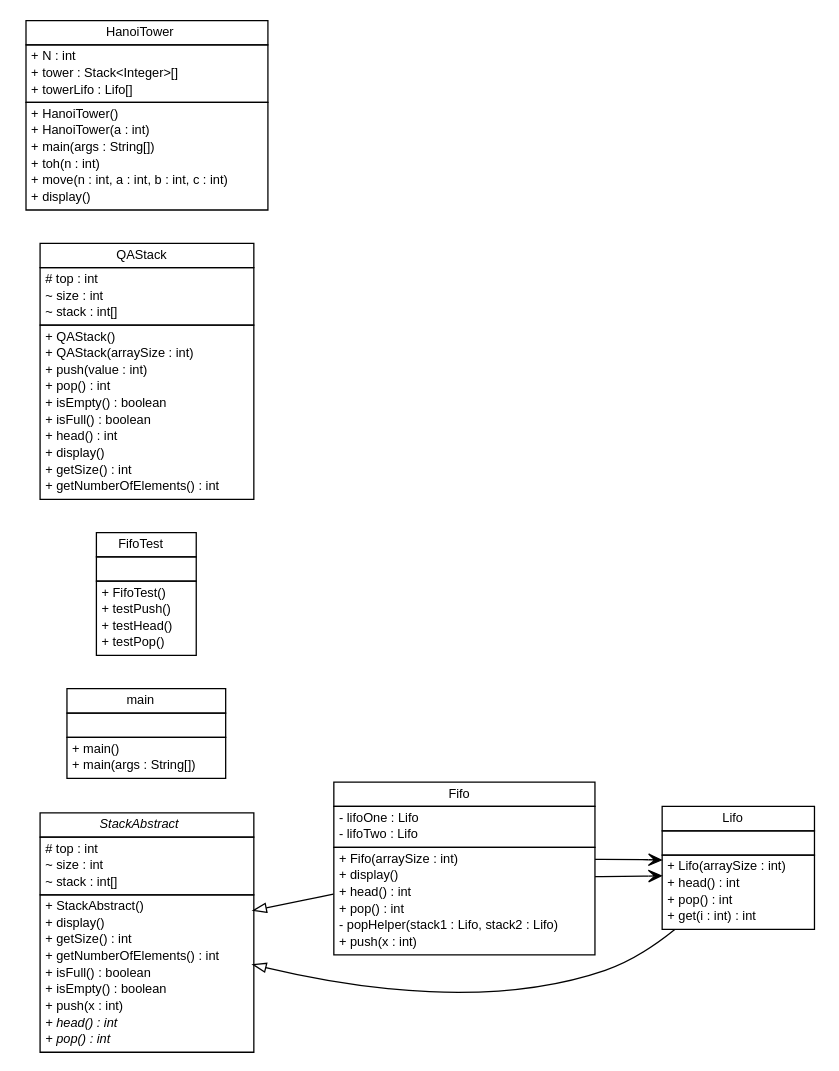
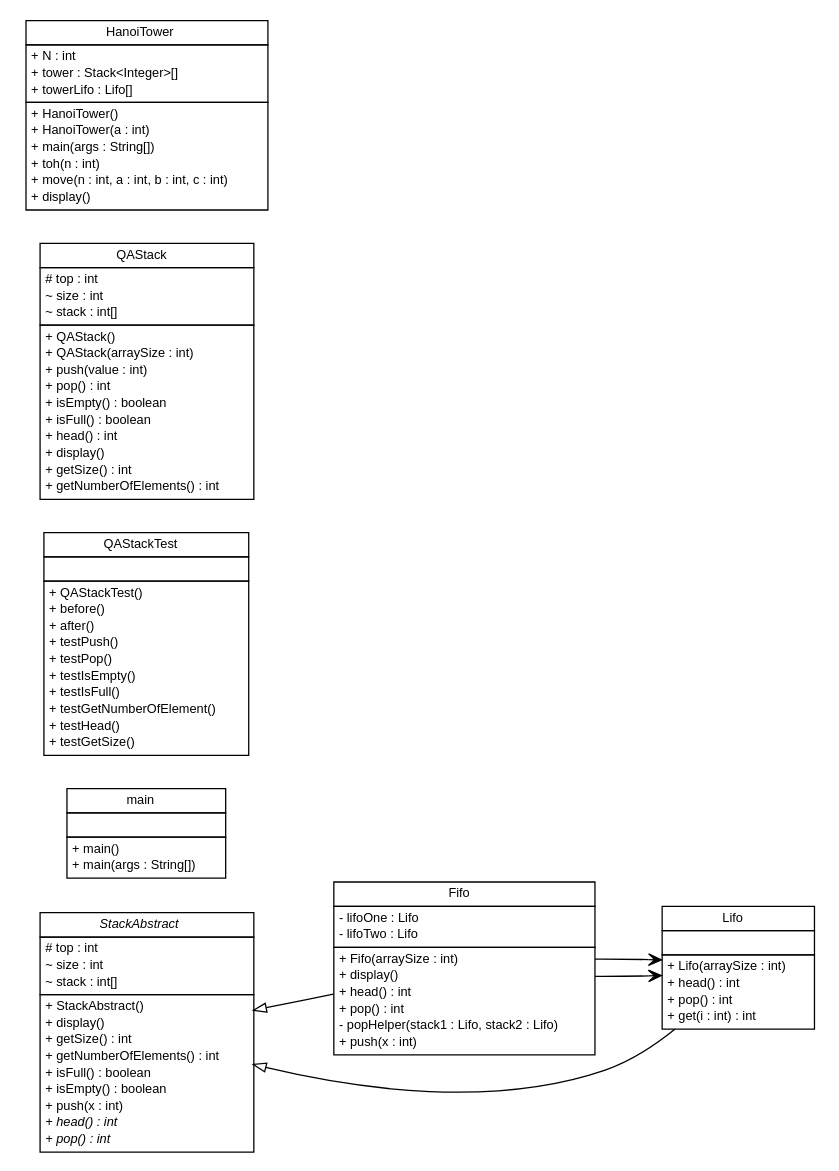
Before and after one commit to GreGGus/QAStack: the diagram in target/site/apidocs/.dot, drawn with Graphviz. The commit also changed 44 other files, not shown here.

```diff
--- a/target/site/apidocs/.dot
+++ b/target/site/apidocs/.dot
@@ -1,146 +1,152 @@
 #!/usr/local/bin/dot
 #
 # Class diagram 
 # Generated by UMLGraph version 5.1 (http://www.umlgraph.org/)
 #
 
 digraph G {
 	edge [fontname="Helvetica",fontsize=10,labelfontname="Helvetica",labelfontsize=10];
 	node [fontname="Helvetica",fontsize=10,shape=plaintext];
 	nodesep=0.25;
 	ranksep=0.5;
 	rankdir=LR;
 	// Fifo
 	c0 [label=<<table title="Fifo" border="0" cellborder="1" cellspacing="0" cellpadding="2" port="p" href="./Fifo.html">
 		<tr><td><table border="0" cellspacing="0" cellpadding="1">
 <tr><td align="center" balign="center"> Fifo </td></tr>
 		</table></td></tr>
 		<tr><td><table border="0" cellspacing="0" cellpadding="1">
 <tr><td align="left" balign="left"> - lifoOne : Lifo </td></tr>
 <tr><td align="left" balign="left"> - lifoTwo : Lifo </td></tr>
 		</table></td></tr>
 		<tr><td><table border="0" cellspacing="0" cellpadding="1">
 <tr><td align="left" balign="left"> + Fifo(arraySize : int) </td></tr>
 <tr><td align="left" balign="left"> + display() </td></tr>
 <tr><td align="left" balign="left"> + head() : int </td></tr>
 <tr><td align="left" balign="left"> + pop() : int </td></tr>
 <tr><td align="left" balign="left"> - popHelper(stack1 : Lifo, stack2 : Lifo) </td></tr>
 <tr><td align="left" balign="left"> + push(x : int) </td></tr>
 		</table></td></tr>
 		</table>>, fontname="Helvetica", fontcolor="black", fontsize=10.0];
 	// Lifo
 	c1 [label=<<table title="Lifo" border="0" cellborder="1" cellspacing="0" cellpadding="2" port="p" href="./Lifo.html">
 		<tr><td><table border="0" cellspacing="0" cellpadding="1">
 <tr><td align="center" balign="center"> Lifo </td></tr>
 		</table></td></tr>
 		<tr><td><table border="0" cellspacing="0" cellpadding="1">
 <tr><td align="left" balign="left">  </td></tr>
 		</table></td></tr>
 		<tr><td><table border="0" cellspacing="0" cellpadding="1">
 <tr><td align="left" balign="left"> + Lifo(arraySize : int) </td></tr>
 <tr><td align="left" balign="left"> + head() : int </td></tr>
 <tr><td align="left" balign="left"> + pop() : int </td></tr>
 <tr><td align="left" balign="left"> + get(i : int) : int </td></tr>
 		</table></td></tr>
 		</table>>, fontname="Helvetica", fontcolor="black", fontsize=10.0];
 	// main
 	c2 [label=<<table title="main" border="0" cellborder="1" cellspacing="0" cellpadding="2" port="p" href="./main.html">
 		<tr><td><table border="0" cellspacing="0" cellpadding="1">
 <tr><td align="center" balign="center"> main </td></tr>
 		</table></td></tr>
 		<tr><td><table border="0" cellspacing="0" cellpadding="1">
 <tr><td align="left" balign="left">  </td></tr>
 		</table></td></tr>
 		<tr><td><table border="0" cellspacing="0" cellpadding="1">
 <tr><td align="left" balign="left"> + main() </td></tr>
 <tr><td align="left" balign="left"> + main(args : String[]) </td></tr>
 		</table></td></tr>
 		</table>>, fontname="Helvetica", fontcolor="black", fontsize=10.0];
-	// FifoTest
-	c3 [label=<<table title="FifoTest" border="0" cellborder="1" cellspacing="0" cellpadding="2" port="p" href="./FifoTest.html">
-		<tr><td><table border="0" cellspacing="0" cellpadding="1">
-<tr><td align="center" balign="center"> FifoTest </td></tr>
-		</table></td></tr>
-		<tr><td><table border="0" cellspacing="0" cellpadding="1">
-<tr><td align="left" balign="left">  </td></tr>
-		</table></td></tr>
-		<tr><td><table border="0" cellspacing="0" cellpadding="1">
-<tr><td align="left" balign="left"> + FifoTest() </td></tr>
-<tr><td align="left" balign="left"> + testPush() </td></tr>
-<tr><td align="left" balign="left"> + testHead() </td></tr>
-<tr><td align="left" balign="left"> + testPop() </td></tr>
-		</table></td></tr>
-		</table>>, fontname="Helvetica", fontcolor="black", fontsize=10.0];
 	// StackAbstract
-	c4 [label=<<table title="StackAbstract" border="0" cellborder="1" cellspacing="0" cellpadding="2" port="p" href="./StackAbstract.html">
+	c3 [label=<<table title="StackAbstract" border="0" cellborder="1" cellspacing="0" cellpadding="2" port="p" href="./StackAbstract.html">
 		<tr><td><table border="0" cellspacing="0" cellpadding="1">
 <tr><td align="center" balign="center"><font face="Helvetica-Oblique"> StackAbstract </font></td></tr>
 		</table></td></tr>
 		<tr><td><table border="0" cellspacing="0" cellpadding="1">
 <tr><td align="left" balign="left"> # top : int </td></tr>
 <tr><td align="left" balign="left"> ~ size : int </td></tr>
 <tr><td align="left" balign="left"> ~ stack : int[] </td></tr>
 		</table></td></tr>
 		<tr><td><table border="0" cellspacing="0" cellpadding="1">
 <tr><td align="left" balign="left"> + StackAbstract() </td></tr>
 <tr><td align="left" balign="left"> + display() </td></tr>
 <tr><td align="left" balign="left"> + getSize() : int </td></tr>
 <tr><td align="left" balign="left"> + getNumberOfElements() : int </td></tr>
 <tr><td align="left" balign="left"> + isFull() : boolean </td></tr>
 <tr><td align="left" balign="left"> + isEmpty() : boolean </td></tr>
 <tr><td align="left" balign="left"> + push(x : int) </td></tr>
 <tr><td align="left" balign="left"><font face="Helvetica-Oblique" point-size="10.0"> + head() : int </font></td></tr>
 <tr><td align="left" balign="left"><font face="Helvetica-Oblique" point-size="10.0"> + pop() : int </font></td></tr>
+		</table></td></tr>
+		</table>>, fontname="Helvetica", fontcolor="black", fontsize=10.0];
+	// QAStackTest
+	c4 [label=<<table title="QAStackTest" border="0" cellborder="1" cellspacing="0" cellpadding="2" port="p" href="./QAStackTest.html">
+		<tr><td><table border="0" cellspacing="0" cellpadding="1">
+<tr><td align="center" balign="center"> QAStackTest </td></tr>
+		</table></td></tr>
+		<tr><td><table border="0" cellspacing="0" cellpadding="1">
+<tr><td align="left" balign="left">  </td></tr>
+		</table></td></tr>
+		<tr><td><table border="0" cellspacing="0" cellpadding="1">
+<tr><td align="left" balign="left"> + QAStackTest() </td></tr>
+<tr><td align="left" balign="left"> + before() </td></tr>
+<tr><td align="left" balign="left"> + after() </td></tr>
+<tr><td align="left" balign="left"> + testPush() </td></tr>
+<tr><td align="left" balign="left"> + testPop() </td></tr>
+<tr><td align="left" balign="left"> + testIsEmpty() </td></tr>
+<tr><td align="left" balign="left"> + testIsFull() </td></tr>
+<tr><td align="left" balign="left"> + testGetNumberOfElement() </td></tr>
+<tr><td align="left" balign="left"> + testHead() </td></tr>
+<tr><td align="left" balign="left"> + testGetSize() </td></tr>
 		</table></td></tr>
 		</table>>, fontname="Helvetica", fontcolor="black", fontsize=10.0];
 	// QAStack
 	c5 [label=<<table title="QAStack" border="0" cellborder="1" cellspacing="0" cellpadding="2" port="p" href="./QAStack.html">
 		<tr><td><table border="0" cellspacing="0" cellpadding="1">
 <tr><td align="center" balign="center"> QAStack </td></tr>
 		</table></td></tr>
 		<tr><td><table border="0" cellspacing="0" cellpadding="1">
 <tr><td align="left" balign="left"> # top : int </td></tr>
 <tr><td align="left" balign="left"> ~ size : int </td></tr>
 <tr><td align="left" balign="left"> ~ stack : int[] </td></tr>
 		</table></td></tr>
 		<tr><td><table border="0" cellspacing="0" cellpadding="1">
 <tr><td align="left" balign="left"> + QAStack() </td></tr>
 <tr><td align="left" balign="left"> + QAStack(arraySize : int) </td></tr>
 <tr><td align="left" balign="left"> + push(value : int) </td></tr>
 <tr><td align="left" balign="left"> + pop() : int </td></tr>
 <tr><td align="left" balign="left"> + isEmpty() : boolean </td></tr>
 <tr><td align="left" balign="left"> + isFull() : boolean </td></tr>
 <tr><td align="left" balign="left"> + head() : int </td></tr>
 <tr><td align="left" balign="left"> + display() </td></tr>
 <tr><td align="left" balign="left"> + getSize() : int </td></tr>
 <tr><td align="left" balign="left"> + getNumberOfElements() : int </td></tr>
 		</table></td></tr>
 		</table>>, fontname="Helvetica", fontcolor="black", fontsize=10.0];
 	// HanoiTower
 	c6 [label=<<table title="HanoiTower" border="0" cellborder="1" cellspacing="0" cellpadding="2" port="p" href="./HanoiTower.html">
 		<tr><td><table border="0" cellspacing="0" cellpadding="1">
 <tr><td align="center" balign="center"> HanoiTower </td></tr>
 		</table></td></tr>
 		<tr><td><table border="0" cellspacing="0" cellpadding="1">
 <tr><td align="left" balign="left"> + N : int </td></tr>
 <tr><td align="left" balign="left"> + tower : Stack&lt;Integer&gt;[] </td></tr>
 <tr><td align="left" balign="left"> + towerLifo : Lifo[] </td></tr>
 		</table></td></tr>
 		<tr><td><table border="0" cellspacing="0" cellpadding="1">
 <tr><td align="left" balign="left"> + HanoiTower() </td></tr>
 <tr><td align="left" balign="left"> + HanoiTower(a : int) </td></tr>
 <tr><td align="left" balign="left"> + main(args : String[]) </td></tr>
 <tr><td align="left" balign="left"> + toh(n : int) </td></tr>
 <tr><td align="left" balign="left"> + move(n : int, a : int, b : int, c : int) </td></tr>
 <tr><td align="left" balign="left"> + display() </td></tr>
 		</table></td></tr>
 		</table>>, fontname="Helvetica", fontcolor="black", fontsize=10.0];
 	//Fifo extends StackAbstract
-	c4:p -> c0:p [dir=back,arrowtail=empty];
+	c3:p -> c0:p [dir=back,arrowtail=empty];
 	//Lifo extends StackAbstract
-	c4:p -> c1:p [dir=back,arrowtail=empty];
+	c3:p -> c1:p [dir=back,arrowtail=empty];
 	// Fifo NAVASSOC Lifo
 	c0:p -> c1:p [taillabel="", label="", headlabel="", fontname="Helvetica", fontcolor="black", fontsize=10.0, color="black", arrowhead=open];
 	// Fifo NAVASSOC Lifo
 	c0:p -> c1:p [taillabel="", label="", headlabel="", fontname="Helvetica", fontcolor="black", fontsize=10.0, color="black", arrowhead=open];
 }
```
